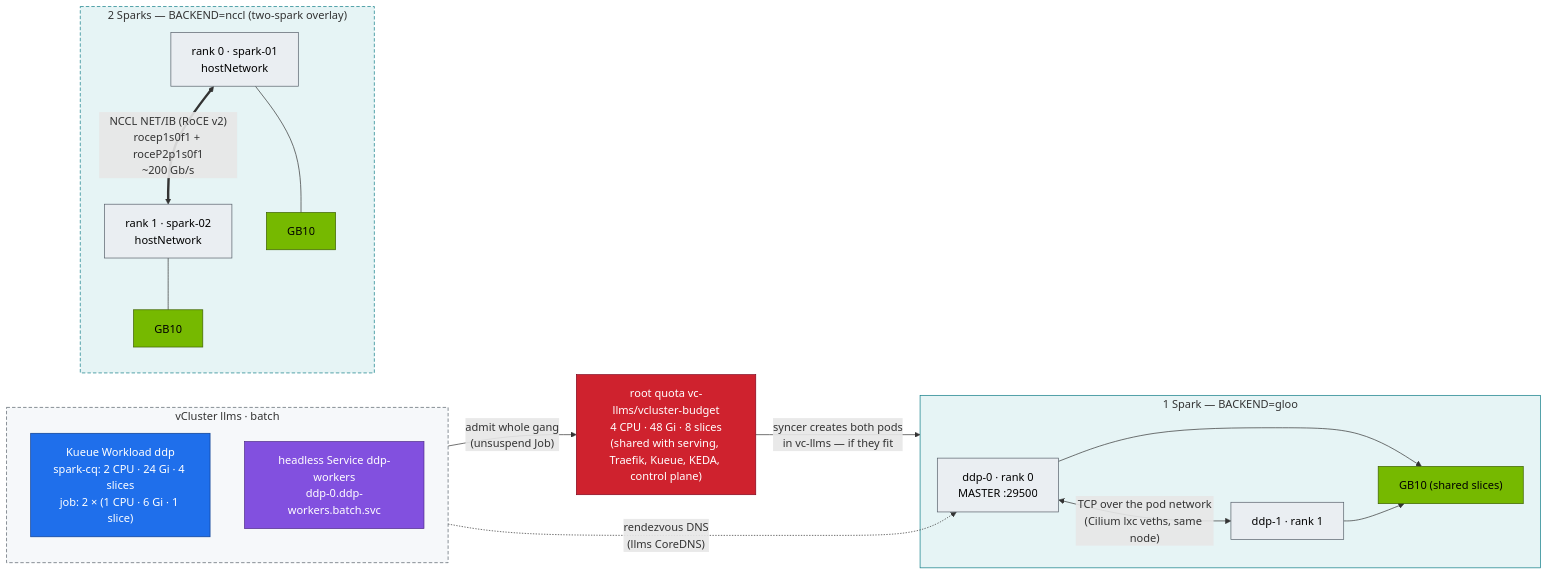
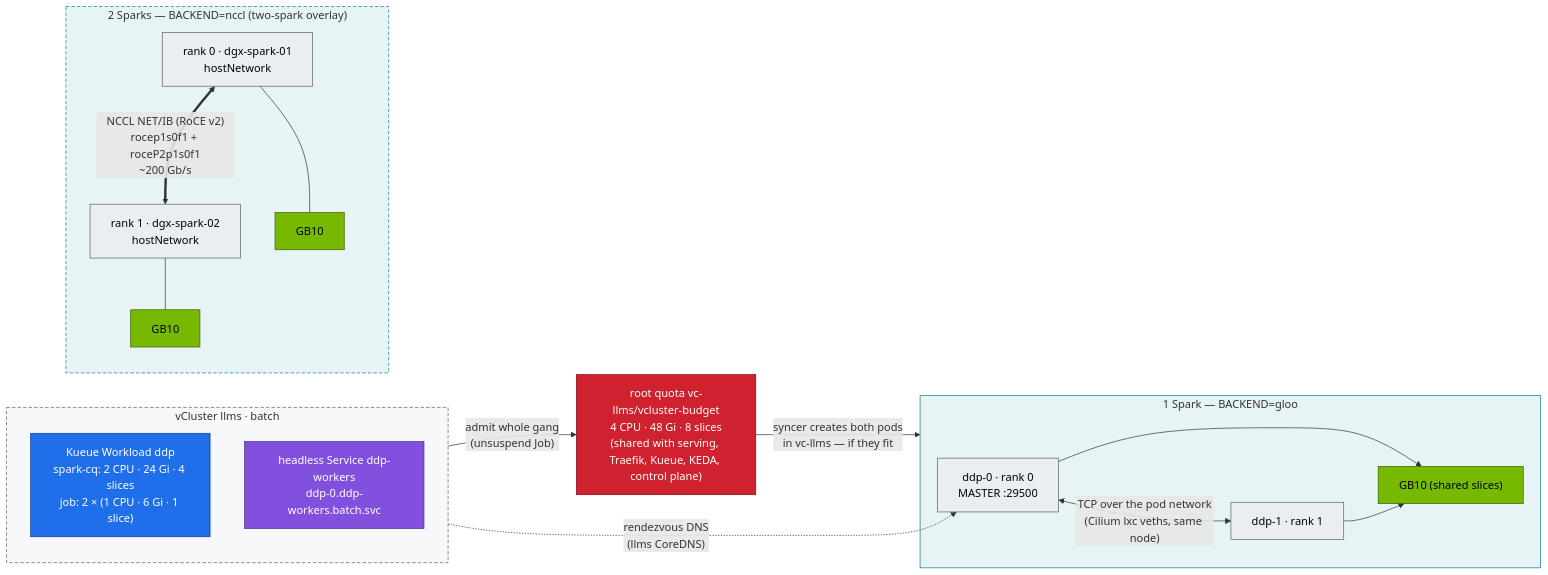
Before and after one commit to cloudone365/technical-depth: the diagram in 02 Kubernetes/17-distributed-ai-training-and-nccl.md, drawn with Mermaid. The commit also changed other lines of this file and 88 other files, not shown here.

First line of the commit message:
Rename the Spark hosts to dgx-spark-01 / dgx-spark-02

````diff
--- a/02 Kubernetes/17-distributed-ai-training-and-nccl.md
+++ b/02 Kubernetes/17-distributed-ai-training-and-nccl.md
@@ -39,34 +39,34 @@
 ```mermaid
 flowchart LR
   subgraph LLMS["vCluster llms · batch"]
     direction TB
     WL["Kueue Workload ddp<br/>spark-cq: 2 CPU · 24 Gi · 4 slices<br/>job: 2 × (1 CPU · 6 Gi · 1 slice)"]
     HS["headless Service ddp-workers<br/>ddp-0.ddp-workers.batch.svc"]
   end
   RQ["root quota vc-llms/vcluster-budget<br/>4 CPU · 48 Gi · 8 slices<br/>(shared with serving, Traefik, Kueue, KEDA, control plane)"]
   subgraph ONE["1 Spark — BACKEND=gloo"]
     R0["ddp-0 · rank 0<br/>MASTER :29500"] <-->|"TCP over the pod network<br/>(Cilium lxc veths, same node)"| R1["ddp-1 · rank 1"]
     R0 & R1 --> G1["GB10 (shared slices)"]
   end
   subgraph TWO["2 Sparks — BACKEND=nccl (two-spark overlay)"]
-    A0["rank 0 · spark-01<br/>hostNetwork"] <==>|"NCCL NET/IB (RoCE v2)<br/>rocep1s0f1 + roceP2p1s0f1<br/>~200 Gb/s"| A1["rank 1 · spark-02<br/>hostNetwork"]
+    A0["rank 0 · dgx-spark-01<br/>hostNetwork"] <==>|"NCCL NET/IB (RoCE v2)<br/>rocep1s0f1 + roceP2p1s0f1<br/>~200 Gb/s"| A1["rank 1 · dgx-spark-02<br/>hostNetwork"]
     A0 --- GA["GB10"]
     A1 --- GB["GB10"]
   end
   WL -->|"admit whole gang<br/>(unsuspend Job)"| RQ
   RQ -->|"syncer creates both pods<br/>in vc-llms — if they fit"| ONE
   HS -. "rendezvous DNS<br/>(llms CoreDNS)" .-> R0
   classDef gpu fill:#76b900,stroke:#3d6000,color:#000
   classDef net fill:#8250df,stroke:#4c2889,color:#fff
   classDef ctrl fill:#1f6feb,stroke:#0b3d91,color:#fff
   classDef sec fill:#cf222e,stroke:#82071e,color:#fff
   classDef tenant fill:#eaeef2,stroke:#57606a,color:#000
   class G1,GA,GB gpu
   class HS net
   class WL ctrl
   class RQ sec
   class R0,R1,A0,A1 tenant
   style LLMS fill:#f6f8fa,stroke:#57606a,stroke-dasharray:5 3
   style ONE fill:#e6f4f5,stroke:#0e7c86
   style TWO fill:#e6f4f5,stroke:#0e7c86,stroke-dasharray:5 3
 ```
````
